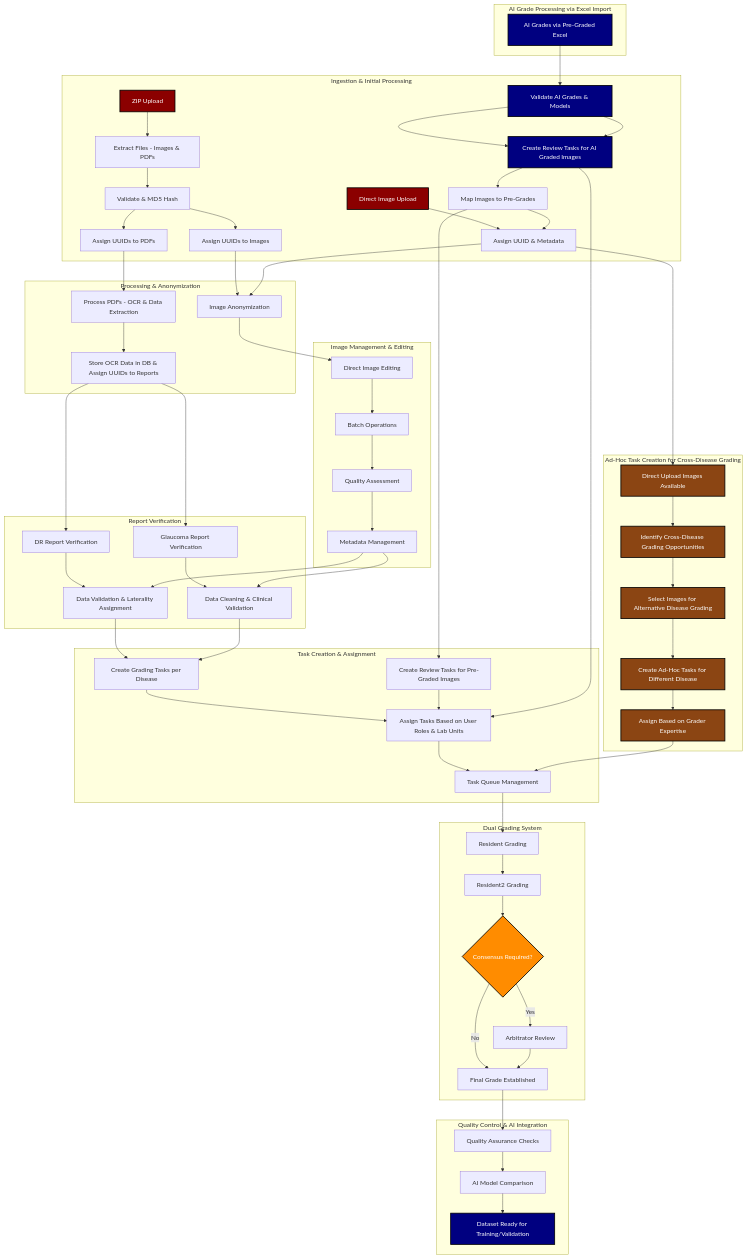
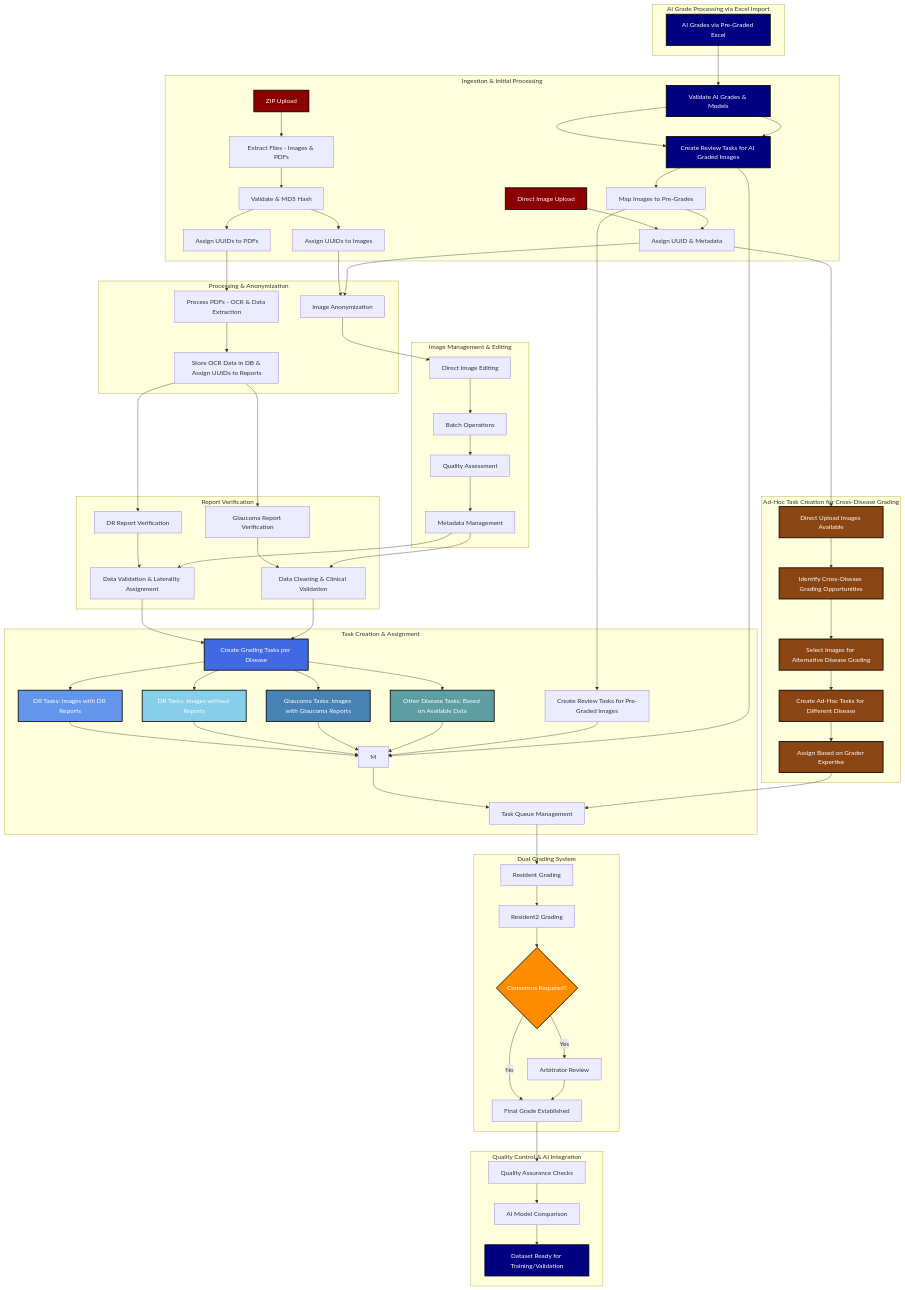
The first of 3 diagrams in README.md (drguptavivek/fundus_img_xtract), drawn with Mermaid before and after one commit.

```diff
--- a/README.md
+++ b/README.md
@@ -680,9 +680,19 @@
     end
 
     subgraph Task Creation & Assignment
-        K3 --> L[Create Grading Tasks per Disease];
+        K3 --> L["Create Grading Tasks per Disease"];
         K4 --> L;
-        L --> M[Assign Tasks Based on User Roles & Lab Units];
+
+        L --> L1["DR Tasks: Images with DR Reports"];
+        L --> L2["DR Tasks: Images without Reports"];
+        L --> L3["Glaucoma Tasks: Images with Glaucoma Reports"];
+        L --> L4["Other Disease Tasks: Based on Available Data"];
+
+        L1 --> M;
+        L2 --> M;
+        L3 --> M;
+        L4 --> M;
+
         M --> N[Task Queue Management];
 
         II --> JJ[Create Review Tasks for Pre-Graded Images];
@@ -726,6 +736,11 @@
     style HH fill:#000080,stroke:#000,stroke-width:2px,color:#fff;
     style V fill:#000080,stroke:#000,stroke-width:2px,color:#fff;
     style Q fill:#FF8C00,stroke:#000,stroke-width:2px,color:#fff;
+    style L fill:#4169E1,stroke:#000,stroke-width:2px,color:#fff;
+    style L1 fill:#6495ED,stroke:#000,stroke-width:2px,color:#fff;
+    style L2 fill:#87CEEB,stroke:#000,stroke-width:2px,color:#fff;
+    style L3 fill:#4682B4,stroke:#000,stroke-width:2px,color:#fff;
+    style L4 fill:#5F9EA0,stroke:#000,stroke-width:2px,color:#fff;
     style AA fill:#8B4513,stroke:#000,stroke-width:2px,color:#fff;
     style BB fill:#8B4513,stroke:#000,stroke-width:2px,color:#fff;
     style CC fill:#8B4513,stroke:#000,stroke-width:2px,color:#fff;
```
